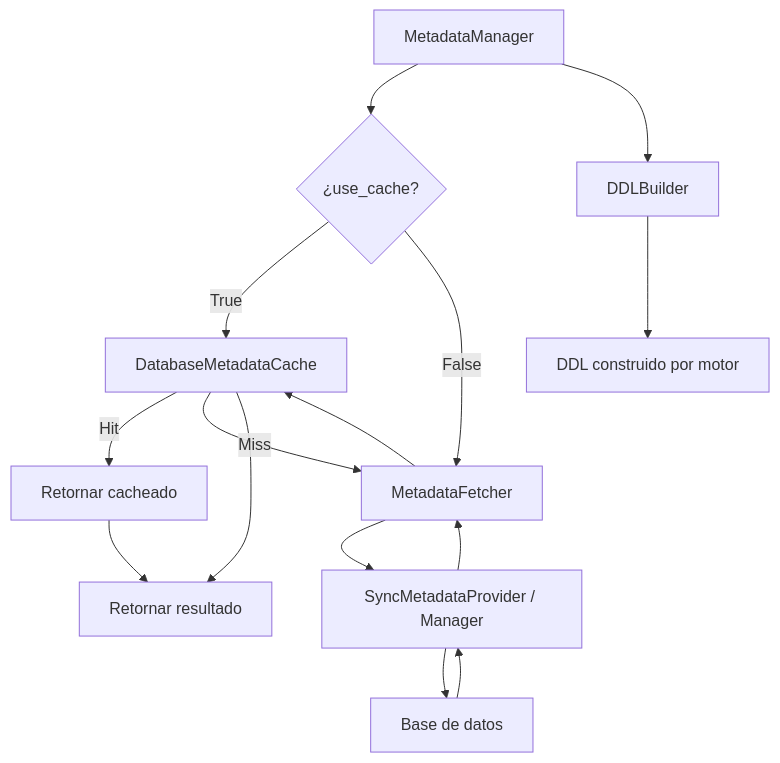
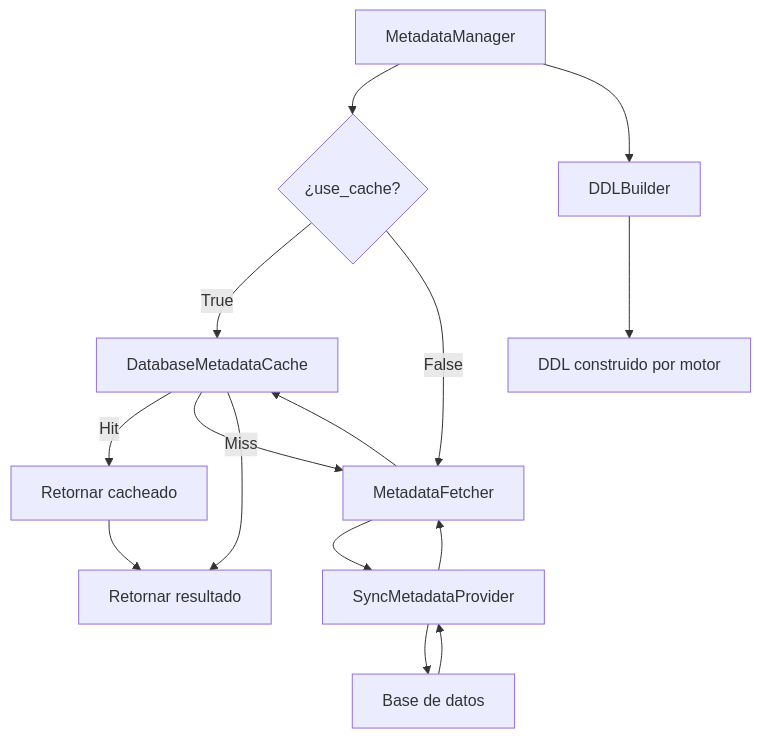
The diagram in docs/api/metadata-manager.md (fmanza/util_bbdd), drawn with Mermaid before and after one commit. The commit also changed other lines of this file and 117 other files, not shown here.

````diff
--- a/docs/api/metadata-manager.md
+++ b/docs/api/metadata-manager.md
@@ -9,17 +7,17 @@
 ```mermaid
 flowchart TD
     A[MetadataManager] --> B{¿use_cache?}
     B -->|True| C[DatabaseMetadataCache]
     C -->|Hit| D[Retornar cacheado]
     C -->|Miss| E[MetadataFetcher]
     B -->|False| E
-    E --> F[SyncMetadataProvider / Manager]
+    E --> F[SyncMetadataProvider]
     F --> G[Base de datos]
     G --> F
     F --> E
     E --> C
     C --> H[Retornar resultado]
     D --> H
     A --> I[DDLBuilder]
     I --> J[DDL construido por motor]
 ```
````
